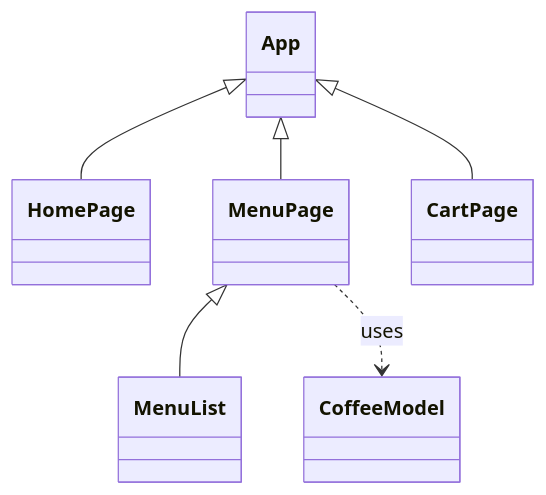
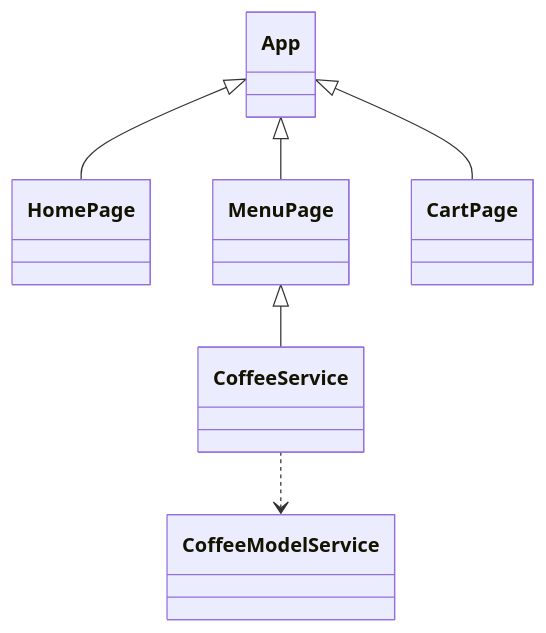
Before and after one commit to slayer1371/modernWebDev: the first of 2 diagrams in README.md, drawn with Mermaid. The commit also changed other lines of this file, not shown here.

````diff
--- a/README.md
+++ b/README.md
@@ -6,9 +5,8 @@
 ```mermaid
 classDiagram
     App <|-- HomePage
     App <|-- MenuPage
     App <|-- CartPage
-    MenuPage <|-- MenuList
-    MenuPage ..> CoffeeModel : uses
-
+    MenuPage <|-- CoffeeService
+    CoffeeService ..> CoffeeModelService
 ```
````
